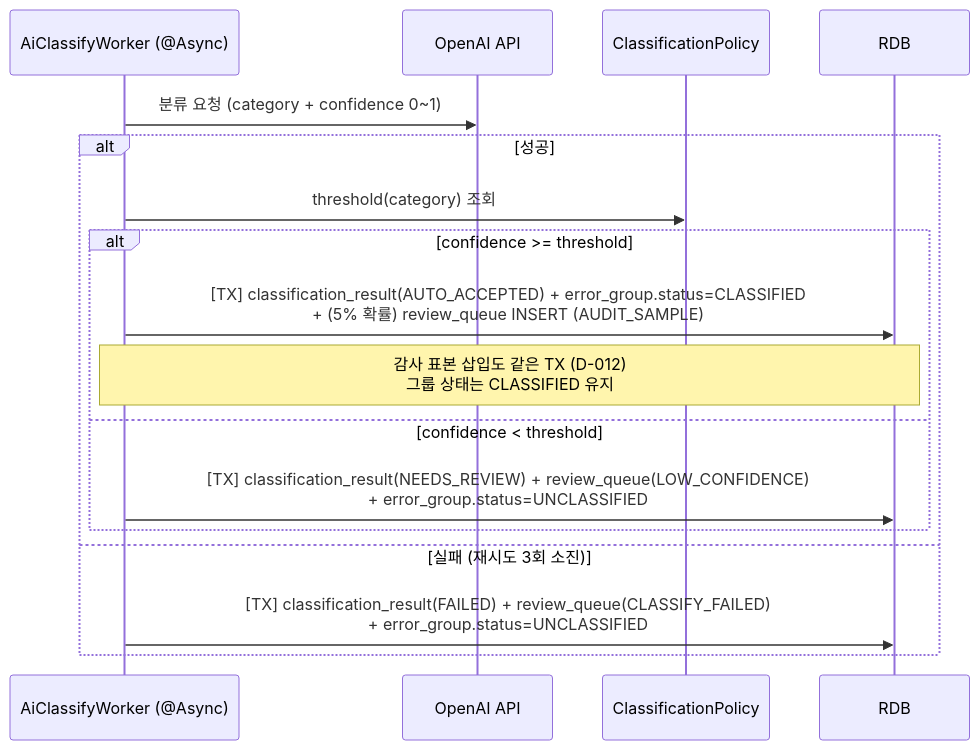
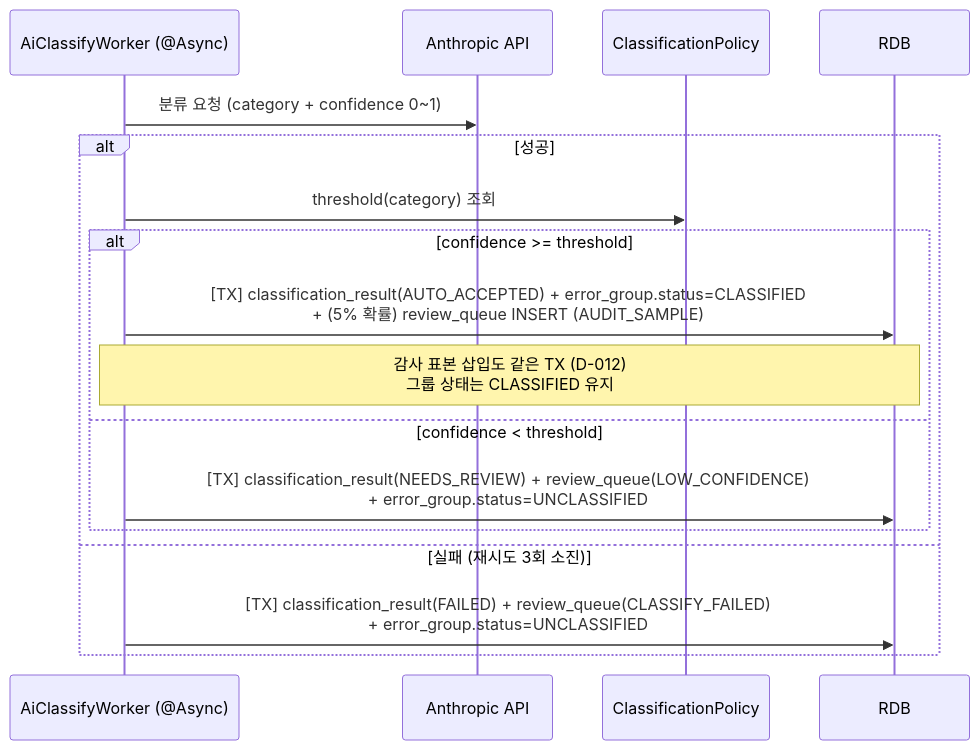
The second of 3 diagrams in PRD.md (GaeChwiRpg/dingco-1-team-01), drawn with Mermaid before and after one commit. The commit also changed other lines of this file and 3 other files, not shown here.

````diff
--- a/PRD.md
+++ b/PRD.md
@@ -135,21 +135,21 @@
 ```mermaid
 sequenceDiagram
     participant W as AiClassifyWorker (@Async)
-    participant AI as OpenAI API
+    participant AI as Anthropic API
     participant P as ClassificationPolicy
     participant DB as RDB
 
     W->>AI: 분류 요청 (category + confidence 0~1)
 
     alt 성공
         W->>P: threshold(category) 조회
         alt confidence >= threshold
             W->>DB: [TX] classification_result(AUTO_ACCEPTED) + error_group.status=CLASSIFIED<br/>+ (5% 확률) review_queue INSERT (AUDIT_SAMPLE)
             Note over W,DB: 감사 표본 삽입도 같은 TX (D-012)<br/>그룹 상태는 CLASSIFIED 유지
         else confidence < threshold
             W->>DB: [TX] classification_result(NEEDS_REVIEW) + review_queue(LOW_CONFIDENCE)<br/>+ error_group.status=UNCLASSIFIED
         end
     else 실패 (재시도 3회 소진)
         W->>DB: [TX] classification_result(FAILED) + review_queue(CLASSIFY_FAILED)<br/>+ error_group.status=UNCLASSIFIED
     end
 ```
````
